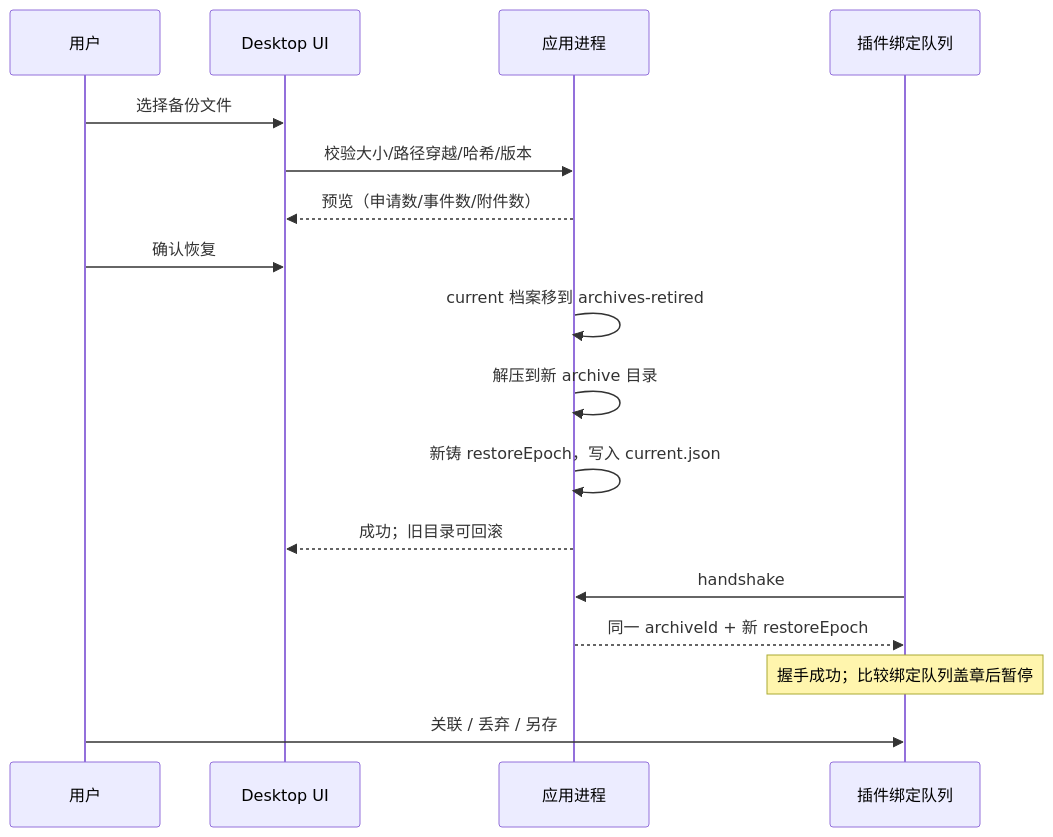
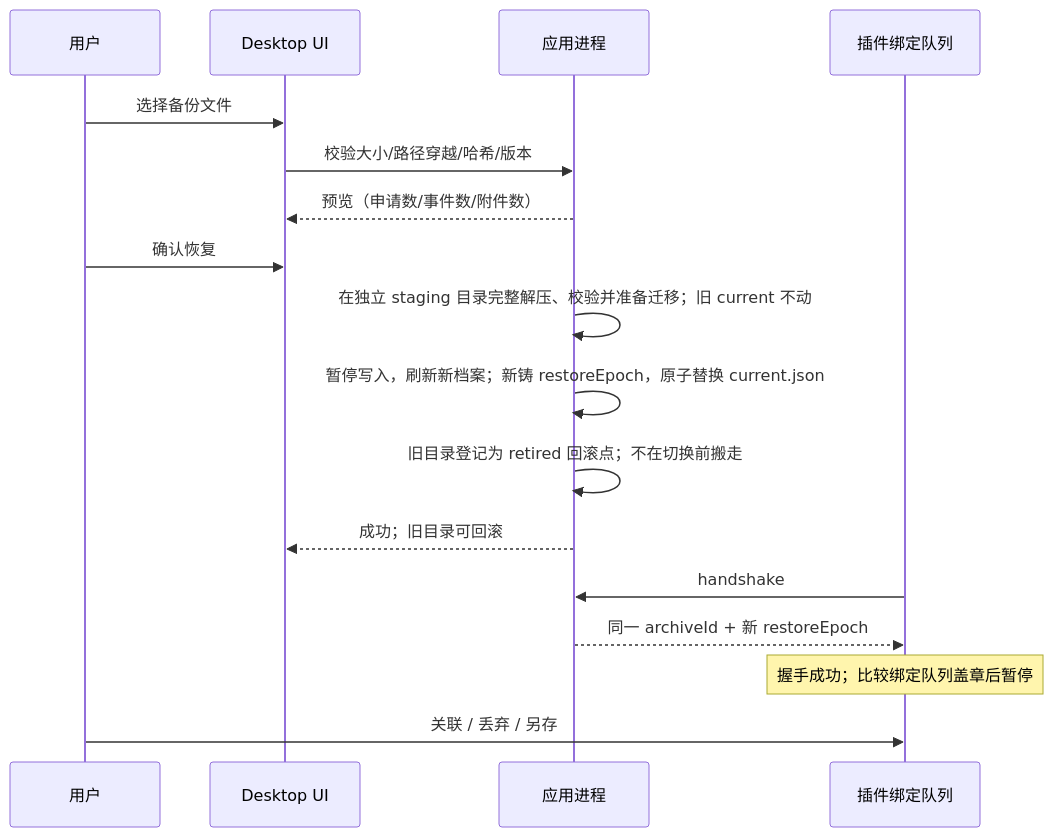
The diagram in docs/desktop-mvp/data-privacy.md (TshyGO/resume-form-assistant-plugin), drawn with Mermaid before and after one commit. The commit also changed other lines of this file and 4 other files, not shown here.

````diff
--- a/docs/desktop-mvp/data-privacy.md
+++ b/docs/desktop-mvp/data-privacy.md
@@ -151,19 +152,19 @@
 ```mermaid
 sequenceDiagram
   participant U as 用户
   participant UI as Desktop UI
   participant APP as 应用进程
   participant P as 插件绑定队列
   U->>UI: 选择备份文件
   UI->>APP: 校验大小/路径穿越/哈希/版本
   APP-->>UI: 预览（申请数/事件数/附件数）
   U->>UI: 确认恢复
-  APP->>APP: current 档案移到 archives-retired
-  APP->>APP: 解压到新 archive 目录
-  APP->>APP: 新铸 restoreEpoch，写入 current.json
+  APP->>APP: 在独立 staging 目录完整解压、校验并准备迁移；旧 current 不动
+  APP->>APP: 暂停写入，刷新新档案；新铸 restoreEpoch，原子替换 current.json
+  APP->>APP: 旧目录登记为 retired 回滚点；不在切换前搬走
   APP-->>UI: 成功；旧目录可回滚
   P->>APP: handshake
   APP-->>P: 同一 archiveId + 新 restoreEpoch
   Note over P: 握手成功；比较绑定队列盖章后暂停
   U->>P: 关联 / 丢弃 / 另存
 ```
````
